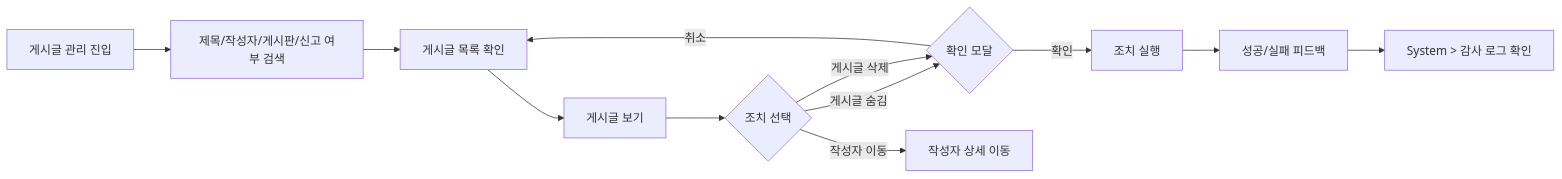
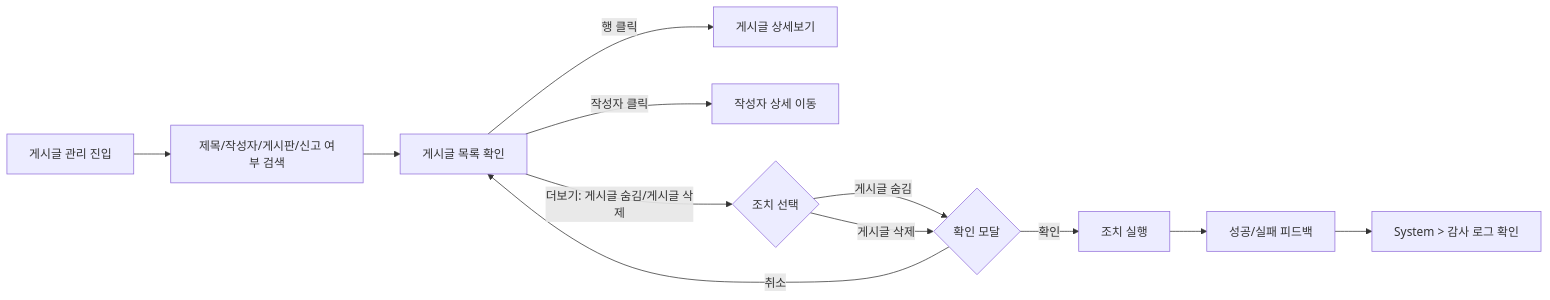
One commit to blackstarzck/topik-ai changed the third of 8 diagrams in docs/specs/admin-page-flows-mermaid.md. Above: the diagram before and after it, drawn with Mermaid. The commit also changed other lines of this file and 47 other files, not shown here.

````diff
--- a/docs/specs/admin-page-flows-mermaid.md
+++ b/docs/specs/admin-page-flows-mermaid.md
@@ -64,14 +63,14 @@
 ```mermaid
 flowchart LR
   A[게시글 관리 진입] --> B[제목/작성자/게시판/신고 여부 검색]
   B --> C[게시글 목록 확인]
-  C --> D[게시글 보기]
-  D --> E{조치 선택}
+  C -->|행 클릭| D[게시글 상세보기]
+  C -->|작성자 클릭| G[작성자 상세 이동]
+  C -->|더보기: 게시글 숨김/게시글 삭제| E{조치 선택}
   E -->|게시글 숨김| F{확인 모달}
   E -->|게시글 삭제| F
-  E -->|작성자 이동| G[작성자 상세 이동]
   F -->|확인| H[조치 실행]
   F -->|취소| C
   H --> I[성공/실패 피드백]
   I --> J[System > 감사 로그 확인]
 ```
````
